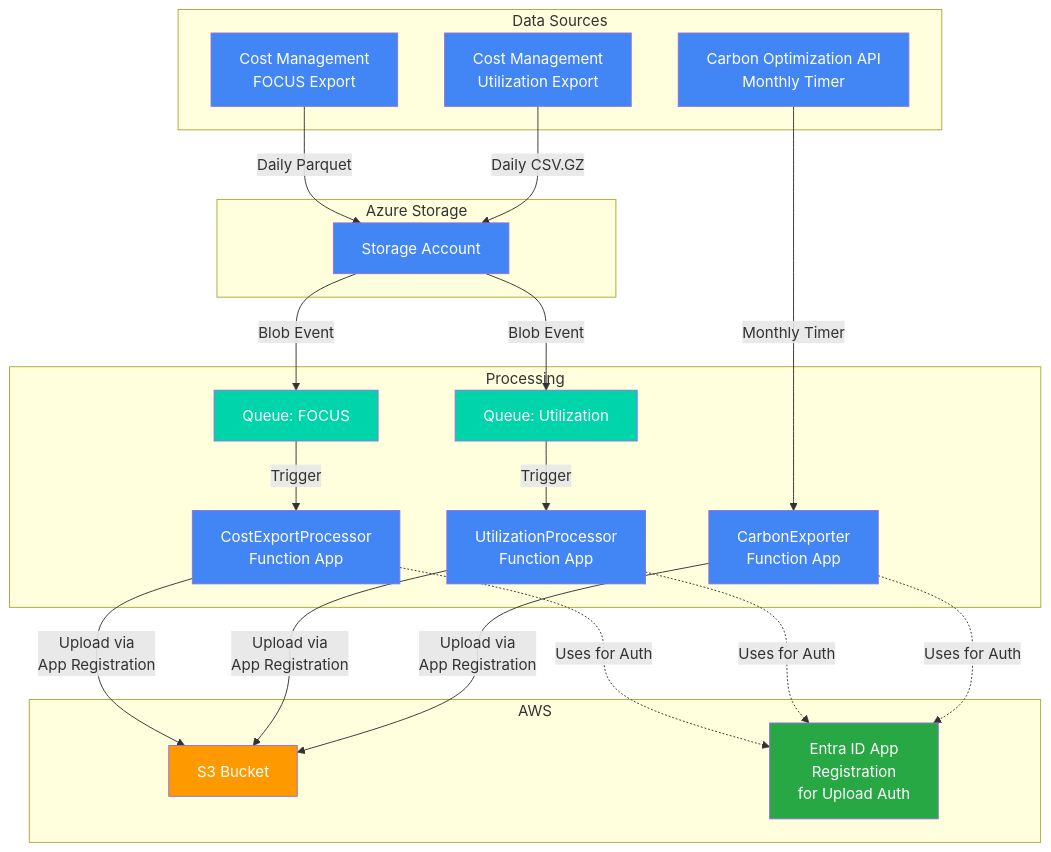
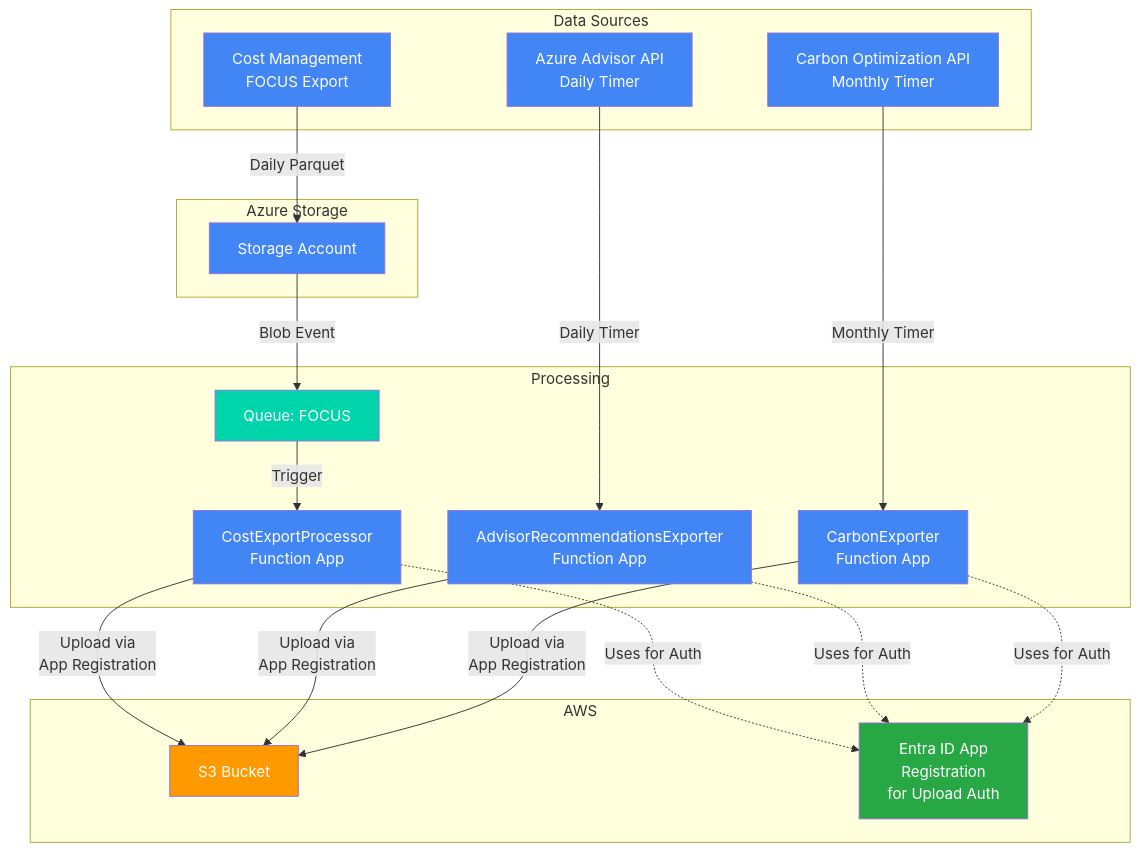
One commit to co-cddo/terraform-azure-focus changed the diagram in README.md. Above: the diagram before and after it, drawn with Mermaid. The commit also changed other lines of this file and 1 other file, not shown here.

Commit message:
chore: switch to daily trigger to reflect refresh rate in Azure

````diff
--- a/README.md
+++ b/README.md
@@ -27,61 +27,58 @@
 ```mermaid
 graph TD
     subgraph "Data Sources"
         CMF[Cost Management<br/>FOCUS Export]
-        CMU[Cost Management<br/>Utilization Export]
+        AAA[Azure Advisor API<br/>Daily Timer]
         COA[Carbon Optimization API<br/>Monthly Timer]
     end
     
     subgraph "Azure Storage"
         SA[Storage Account]
     end
     
     subgraph "Processing"
         QF[Queue: FOCUS]
-        QU[Queue: Utilization]
         
         FAF[CostExportProcessor<br/>Function App]
-        FAU[UtilizationProcessor<br/>Function App]
+        FAR[AdvisorRecommendationsExporter<br/>Function App]
         FAC[CarbonExporter<br/>Function App]
     end
     
     subgraph "AWS"
         S3[S3 Bucket]
         APP[Entra ID App<br/>Registration<br/>for Upload Auth]
     end
     
     %% Data Flow
     CMF -->|Daily Parquet| SA
-    CMU -->|Daily CSV.GZ| SA
+    AAA -->|Daily Timer| FAR
     COA -->|Monthly Timer| FAC
     
     SA -->|Blob Event| QF
-    SA -->|Blob Event| QU
     
     QF -->|Trigger| FAF
-    QU -->|Trigger| FAU
     
     %% Upload Flow with App Registration Authentication
     FAF -->|Upload via<br/>App Registration| S3
-    FAU -->|Upload via<br/>App Registration| S3
+    FAR -->|Upload via<br/>App Registration| S3
     FAC -->|Upload via<br/>App Registration| S3
     
     FAF -.->|Uses for Auth| APP
-    FAU -.->|Uses for Auth| APP
+    FAR -.->|Uses for Auth| APP
     FAC -.->|Uses for Auth| APP
     
     %% Styling
     classDef datasource fill:#4285f4,color:#fff
     classDef storage fill:#4285f4,color:#fff
     classDef queue fill:#00d4aa,color:#fff
     classDef function fill:#4285f4,color:#fff
     classDef aws fill:#ff9900,color:#fff
     classDef auth fill:#28a745,color:#fff
     
-    class CMF,CMU,COA datasource
+    class CMF,AAA,COA datasource
     class SA storage
-    class QF,QU queue
-    class FAF,FAU,FAC function
+    class QF queue
+    class FAF,FAR,FAC function
     class S3 aws
     class APP auth
 ```
````
